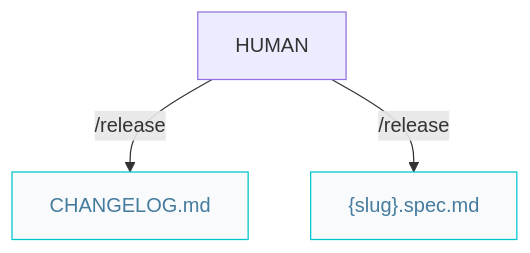
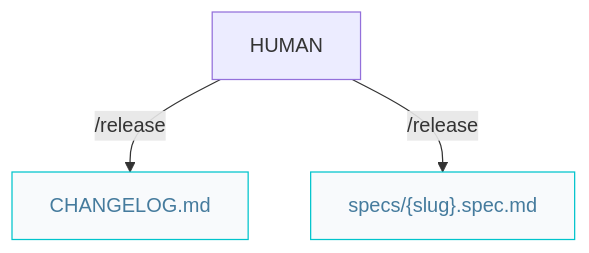
Before and after one commit to AIDDbot/AIDDbot: the second of 2 diagrams in docs/craftsman.pipelines.md, drawn with Mermaid. The commit also changed other lines of this file and 13 other files, not shown here.

````diff
--- a/docs/craftsman.pipelines.md
+++ b/docs/craftsman.pipelines.md
@@ -18,10 +22,10 @@
 ```mermaid
 flowchart TD  
   HUM[HUMAN]
-  SPC["{slug}.spec.md"]:::nd
+  SPC["specs/{slug}.spec.md"]:::nd
   CHL["CHANGELOG.md"]:::nd
 
   HUM -->|/release| CHL & SPC
   
   classDef nd fill:#f8fafc,stroke:#00c4cc,color:#457b9d
 ``` 
````
